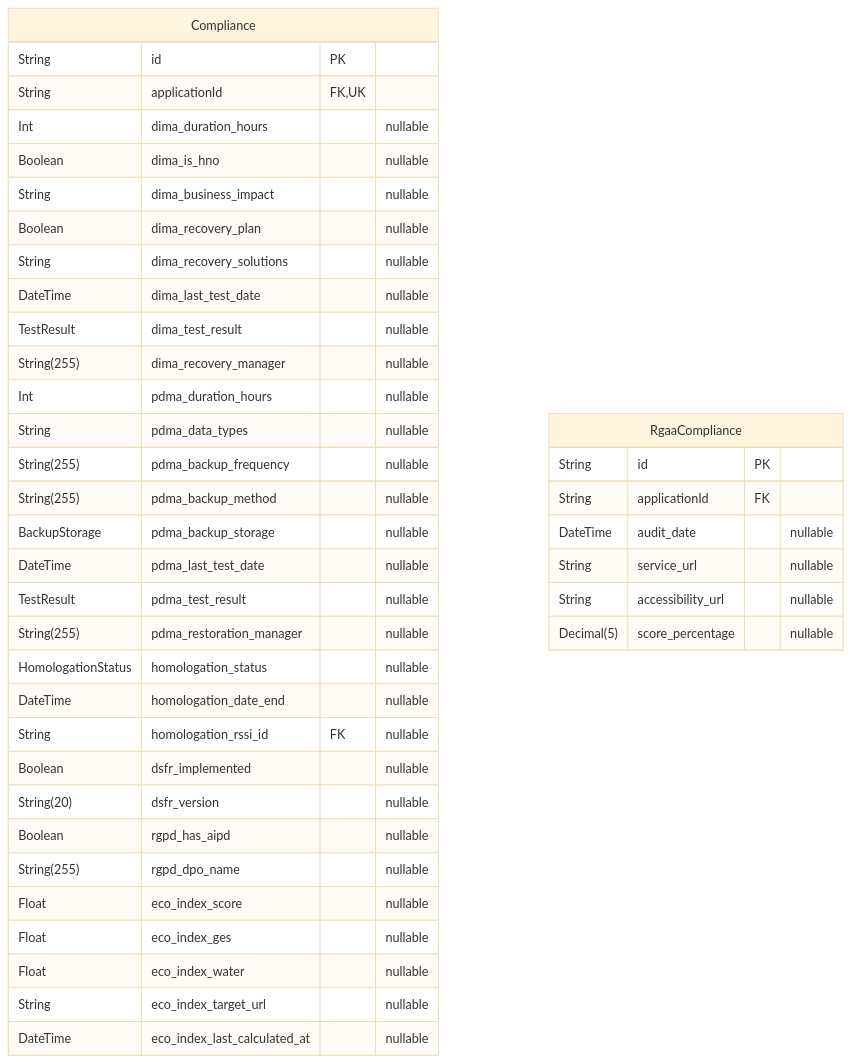
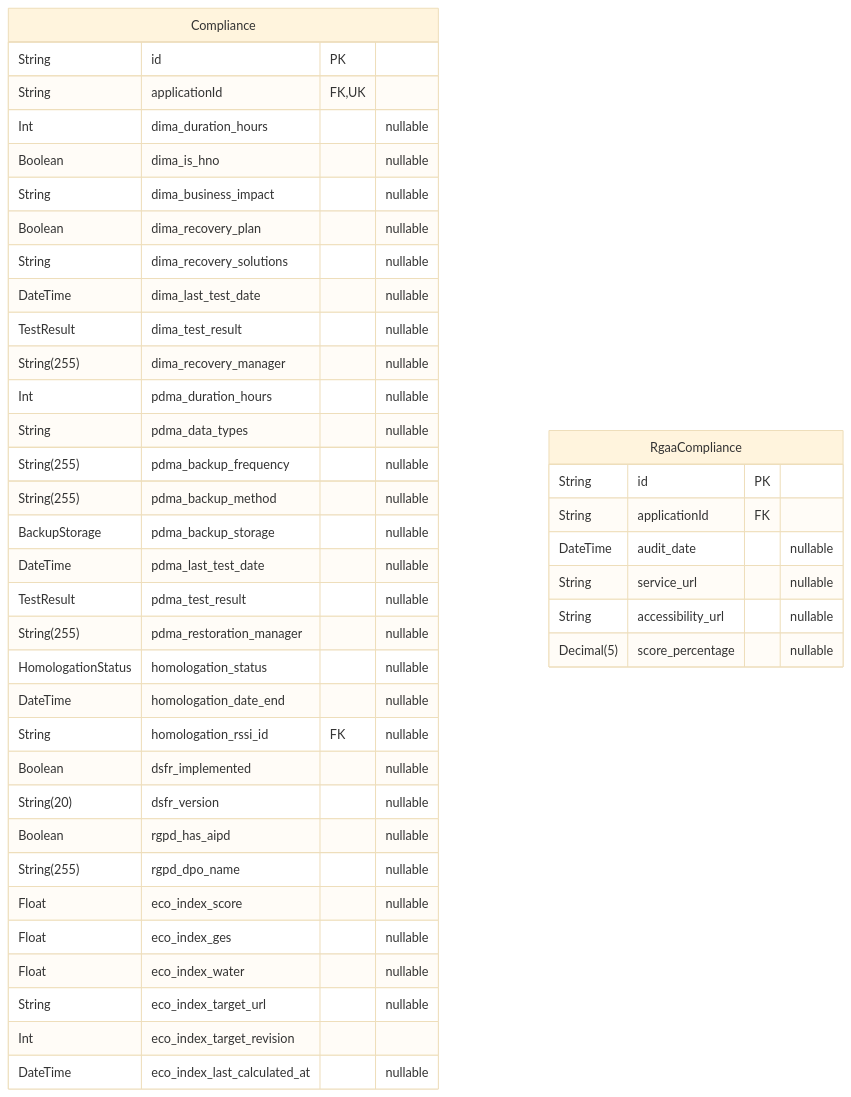
One commit to dnum-mi/referentiel-applications changed the third of 15 diagrams in backend/prisma/docs/schema.md. Above: the diagram before and after it, drawn with Mermaid (base theme). The commit also changed other lines of this file and 9 other files, not shown here.

Commit message:
feat: add eco_index_target_revision to Compliance model (#3172)

````diff
--- a/backend/prisma/docs/schema.md
+++ b/backend/prisma/docs/schema.md
@@ -380,43 +380,44 @@
 ```mermaid
 erDiagram
 "Compliance" {
   String id PK
   String applicationId FK,UK
   Int dima_duration_hours "nullable"
   Boolean dima_is_hno "nullable"
   String dima_business_impact "nullable"
   Boolean dima_recovery_plan "nullable"
   String dima_recovery_solutions "nullable"
   DateTime dima_last_test_date "nullable"
   TestResult dima_test_result "nullable"
   String(255) dima_recovery_manager "nullable"
   Int pdma_duration_hours "nullable"
   String pdma_data_types "nullable"
   String(255) pdma_backup_frequency "nullable"
   String(255) pdma_backup_method "nullable"
   BackupStorage pdma_backup_storage "nullable"
   DateTime pdma_last_test_date "nullable"
   TestResult pdma_test_result "nullable"
   String(255) pdma_restoration_manager "nullable"
   HomologationStatus homologation_status "nullable"
   DateTime homologation_date_end "nullable"
   String homologation_rssi_id FK "nullable"
   Boolean dsfr_implemented "nullable"
   String(20) dsfr_version "nullable"
   Boolean rgpd_has_aipd "nullable"
   String(255) rgpd_dpo_name "nullable"
   Float eco_index_score "nullable"
   Float eco_index_ges "nullable"
   Float eco_index_water "nullable"
   String eco_index_target_url "nullable"
+  Int eco_index_target_revision
   DateTime eco_index_last_calculated_at "nullable"
 }
 "RgaaCompliance" {
   String id PK
   String applicationId FK
   DateTime audit_date "nullable"
   String service_url "nullable"
   String accessibility_url "nullable"
   Decimal(5) score_percentage "nullable"
 }
 ```
````
